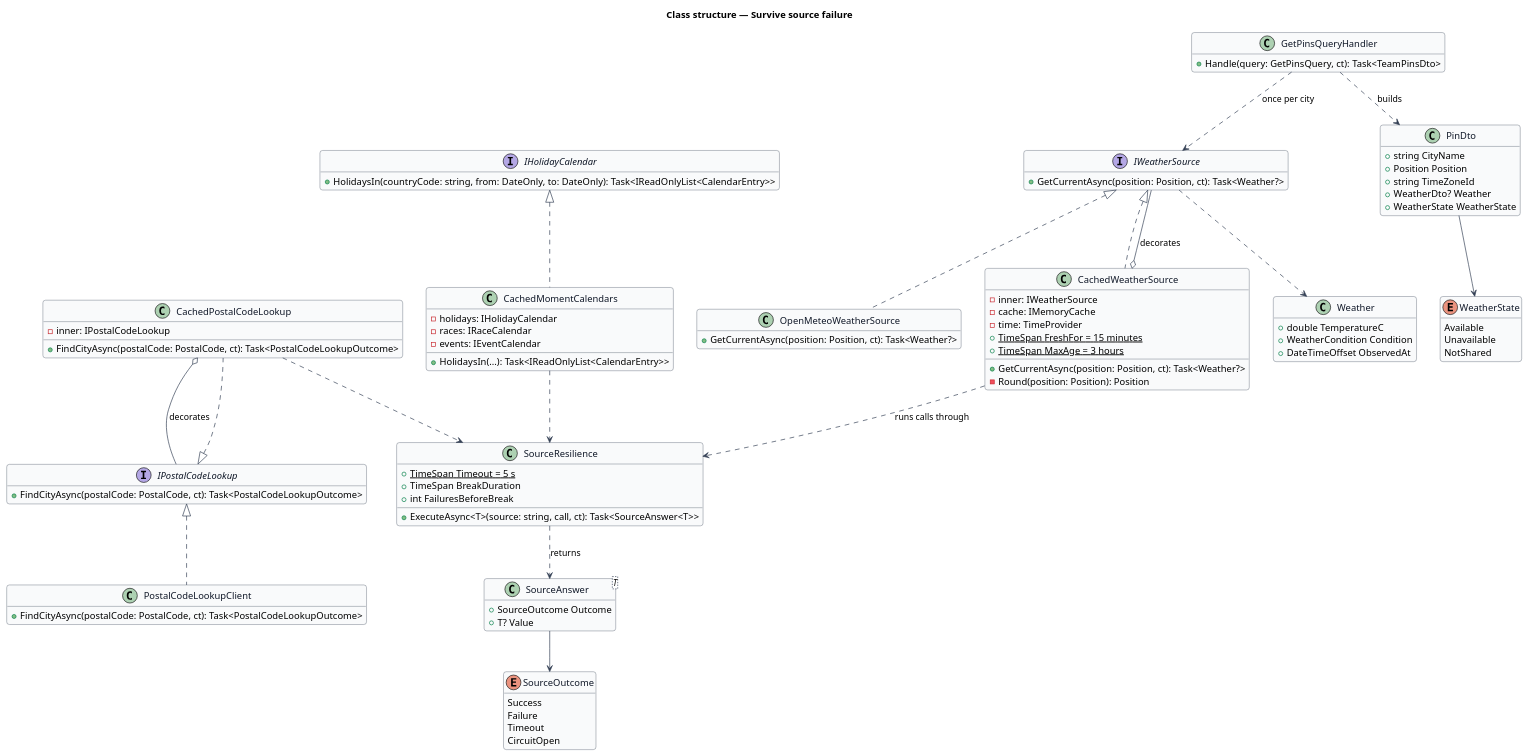
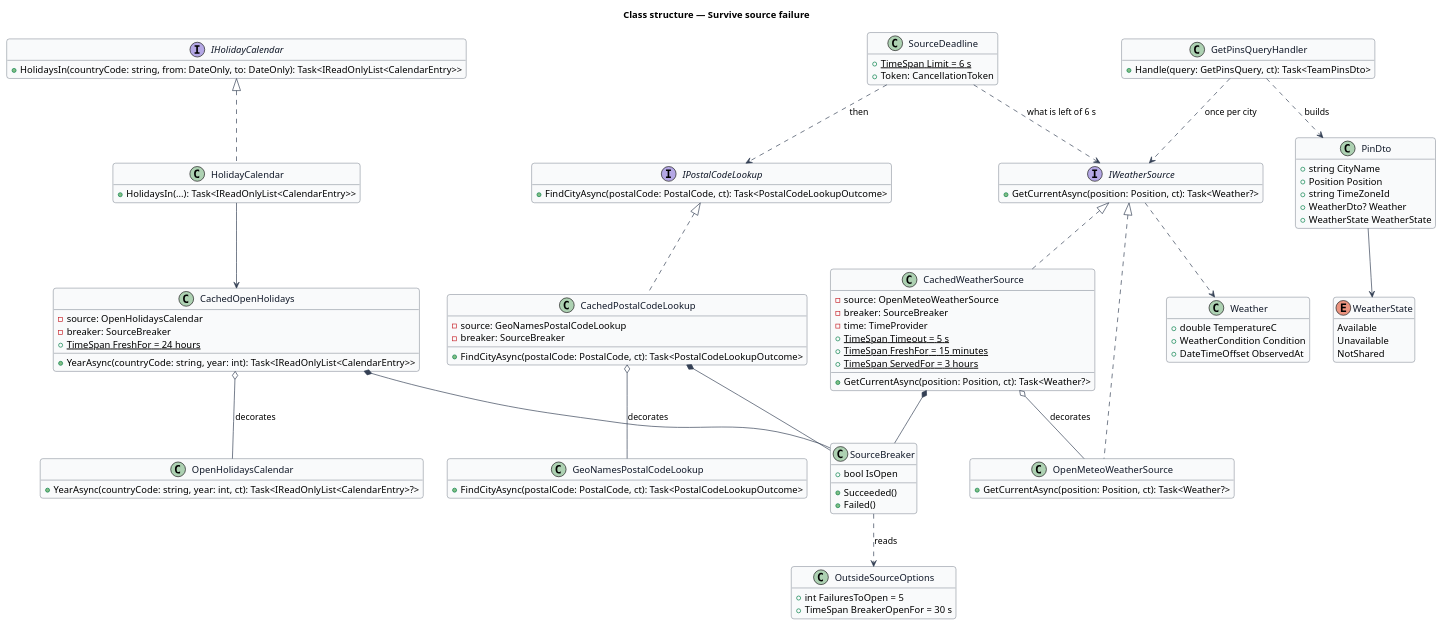
The diagram in docs/detailed-designs/platform/survive-source-failure/diagrams/class-structure.puml (QuinntyneBrown/Mondino), drawn with PlantUML before and after one commit. The commit also changed 12 other files, not shown here.

First line of the commit message:
Decide the breaker, older answers and one deadline for outside sources

```diff
--- a/docs/detailed-designs/platform/survive-source-failure/diagrams/class-structure.puml
+++ b/docs/detailed-designs/platform/survive-source-failure/diagrams/class-structure.puml
@@ -1,116 +1,124 @@
 @startuml
 skinparam backgroundColor #FFFFFF
 skinparam shadowing false
 skinparam roundcorner 8
 skinparam defaultFontName Arial
 skinparam ArrowColor #344054
 skinparam class {
   BorderColor #344054
   FontColor #101828
   BackgroundColor #F9FAFB
 }
 hide empty members
 title Class structure — Survive source failure
 
 interface IWeatherSource {
   +GetCurrentAsync(position: Position, ct): Task<Weather?>
 }
 
 interface IPostalCodeLookup {
   +FindCityAsync(postalCode: PostalCode, ct): Task<PostalCodeLookupOutcome>
 }
 
 interface IHolidayCalendar {
   +HolidaysIn(countryCode: string, from: DateOnly, to: DateOnly): Task<IReadOnlyList<CalendarEntry>>
 }
 
 class OpenMeteoWeatherSource {
   +GetCurrentAsync(position: Position, ct): Task<Weather?>
 }
 
 class CachedWeatherSource {
-  -inner: IWeatherSource
-  -cache: IMemoryCache
+  -source: OpenMeteoWeatherSource
+  -breaker: SourceBreaker
   -time: TimeProvider
+  +{static} TimeSpan Timeout = 5 s
   +{static} TimeSpan FreshFor = 15 minutes
-  +{static} TimeSpan MaxAge = 3 hours
+  +{static} TimeSpan ServedFor = 3 hours
   +GetCurrentAsync(position: Position, ct): Task<Weather?>
-  -Round(position: Position): Position
 }
 
-class PostalCodeLookupClient {
+class GeoNamesPostalCodeLookup {
   +FindCityAsync(postalCode: PostalCode, ct): Task<PostalCodeLookupOutcome>
 }
 
 class CachedPostalCodeLookup {
-  -inner: IPostalCodeLookup
+  -source: GeoNamesPostalCodeLookup
+  -breaker: SourceBreaker
   +FindCityAsync(postalCode: PostalCode, ct): Task<PostalCodeLookupOutcome>
 }
 
-class CachedMomentCalendars {
-  -holidays: IHolidayCalendar
-  -races: IRaceCalendar
-  -events: IEventCalendar
+class OpenHolidaysCalendar {
+  +YearAsync(countryCode: string, year: int, ct): Task<IReadOnlyList<CalendarEntry>?>
+}
+
+class CachedOpenHolidays {
+  -source: OpenHolidaysCalendar
+  -breaker: SourceBreaker
+  +{static} TimeSpan FreshFor = 24 hours
+  +YearAsync(countryCode: string, year: int): Task<IReadOnlyList<CalendarEntry>>
+}
+
+class HolidayCalendar {
   +HolidaysIn(...): Task<IReadOnlyList<CalendarEntry>>
 }
 
-class SourceResilience {
-  +{static} TimeSpan Timeout = 5 s
-  +TimeSpan BreakDuration
-  +int FailuresBeforeBreak
-  +ExecuteAsync<T>(source: string, call, ct): Task<SourceAnswer<T>>
+class SourceBreaker {
+  +bool IsOpen
+  +Succeeded()
+  +Failed()
 }
 
-enum SourceOutcome {
-  Success
-  Failure
-  Timeout
-  CircuitOpen
+class OutsideSourceOptions {
+  +int FailuresToOpen = 5
+  +TimeSpan BreakerOpenFor = 30 s
 }
 
-class "SourceAnswer<T>" as SourceAnswer {
-  +SourceOutcome Outcome
-  +T? Value
+class SourceDeadline {
+  +{static} TimeSpan Limit = 6 s
+  +Token: CancellationToken
 }
 
 class GetPinsQueryHandler {
   +Handle(query: GetPinsQuery, ct): Task<TeamPinsDto>
 }
 
 class PinDto {
   +string CityName
   +Position Position
   +string TimeZoneId
   +WeatherDto? Weather
   +WeatherState WeatherState
 }
 
 enum WeatherState {
   Available
   Unavailable
   NotShared
 }
 
 class Weather {
   +double TemperatureC
   +WeatherCondition Condition
   +DateTimeOffset ObservedAt
 }
 
 IWeatherSource <|.. OpenMeteoWeatherSource
 IWeatherSource <|.. CachedWeatherSource
-CachedWeatherSource o-- IWeatherSource : decorates
-IPostalCodeLookup <|.. PostalCodeLookupClient
+CachedWeatherSource o-- OpenMeteoWeatherSource : decorates
 IPostalCodeLookup <|.. CachedPostalCodeLookup
-CachedPostalCodeLookup o-- IPostalCodeLookup : decorates
-IHolidayCalendar <|.. CachedMomentCalendars
-CachedWeatherSource ..> SourceResilience : runs calls through
-CachedPostalCodeLookup ..> SourceResilience
-CachedMomentCalendars ..> SourceResilience
-SourceResilience ..> SourceAnswer : returns
-SourceAnswer --> SourceOutcome
+CachedPostalCodeLookup o-- GeoNamesPostalCodeLookup : decorates
+IHolidayCalendar <|.. HolidayCalendar
+HolidayCalendar --> CachedOpenHolidays
+CachedOpenHolidays o-- OpenHolidaysCalendar : decorates
+CachedWeatherSource *-- SourceBreaker
+CachedPostalCodeLookup *-- SourceBreaker
+CachedOpenHolidays *-- SourceBreaker
+SourceBreaker ..> OutsideSourceOptions : reads
+SourceDeadline ..> IPostalCodeLookup : then
+SourceDeadline ..> IWeatherSource : what is left of 6 s
 GetPinsQueryHandler ..> IWeatherSource : once per city
 GetPinsQueryHandler ..> PinDto : builds
 PinDto --> WeatherState
 IWeatherSource ..> Weather
 @enduml
```
